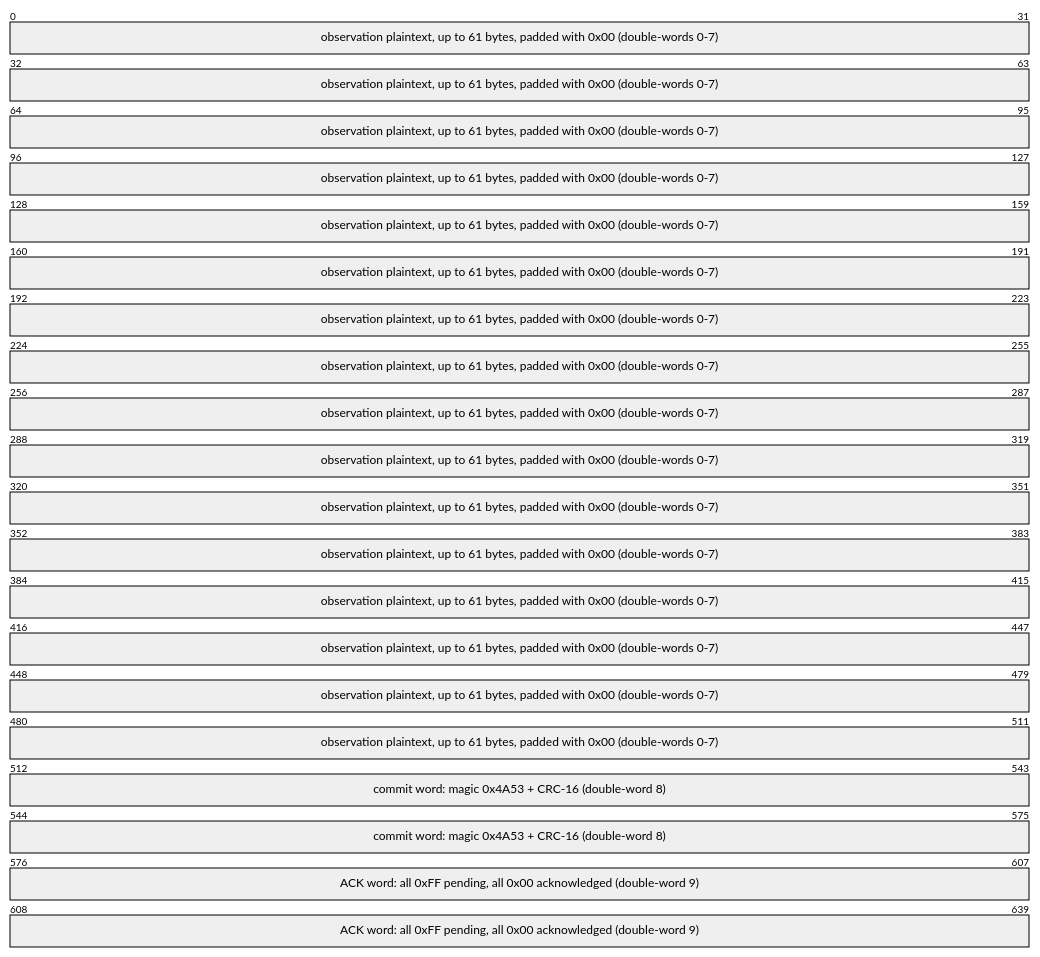
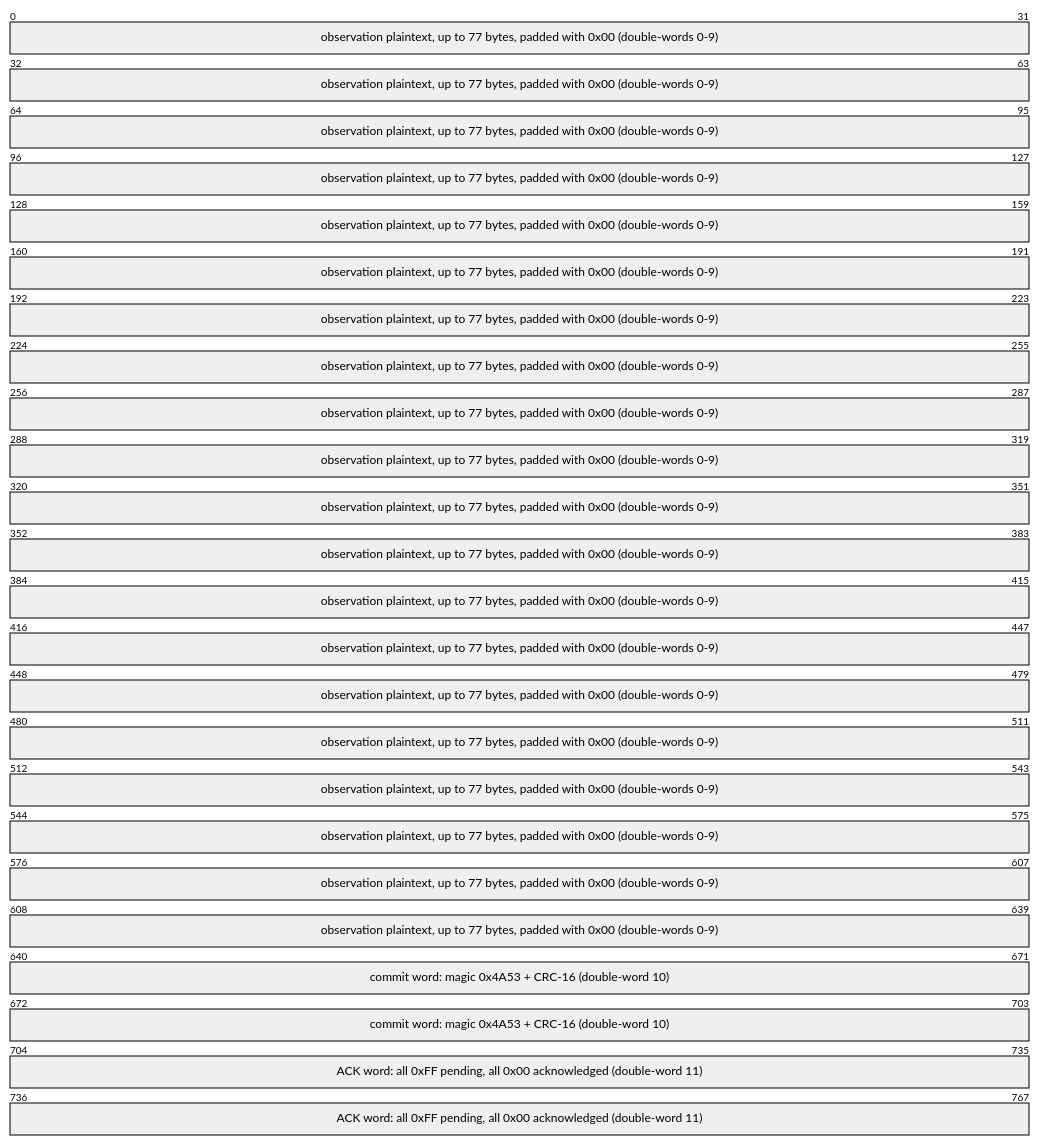
The fourth of 22 diagrams in docs/protocol-stack.md (clintecker/weather-station-2026), drawn with Mermaid before and after one commit. The commit also changed other lines of this file and 303 other files, not shown here.

````diff
--- a/docs/protocol-stack.md
+++ b/docs/protocol-stack.md
@@ -247,6 +272,6 @@
 ```mermaid
 packet-beta
-  0-511: "observation plaintext, up to 61 bytes, padded with 0x00 (double-words 0-7)"
-  512-575: "commit word: magic 0x4A53 + CRC-16 (double-word 8)"
-  576-639: "ACK word: all 0xFF pending, all 0x00 acknowledged (double-word 9)"
+  0-639: "observation plaintext, up to 77 bytes, padded with 0x00 (double-words 0-9)"
+  640-703: "commit word: magic 0x4A53 + CRC-16 (double-word 10)"
+  704-767: "ACK word: all 0xFF pending, all 0x00 acknowledged (double-word 11)"
 ```
````
